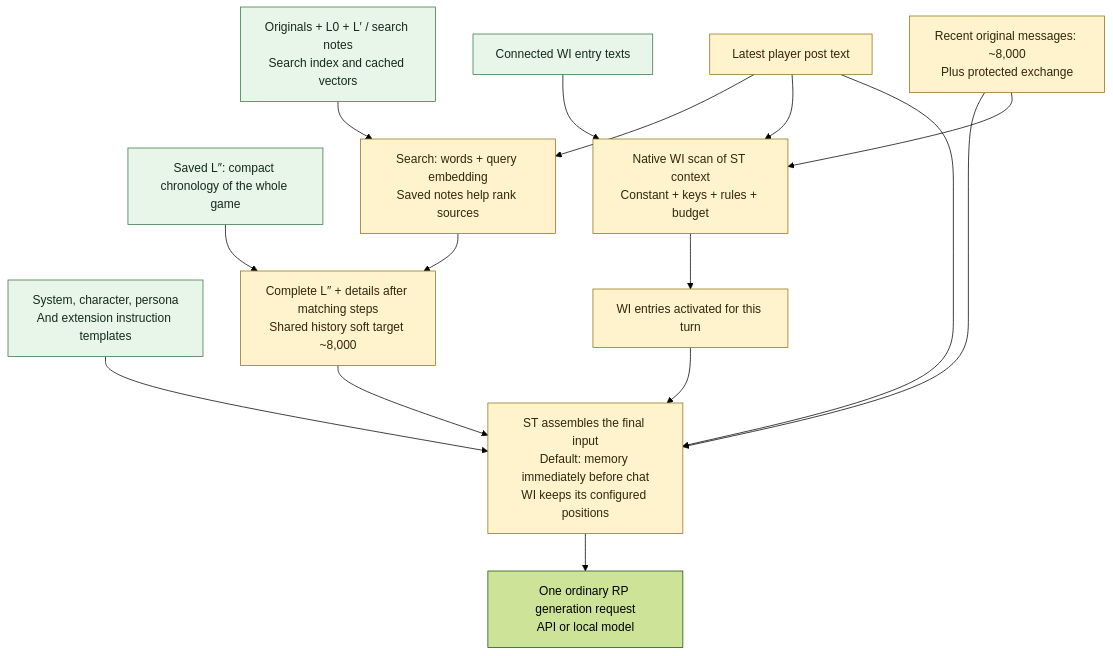
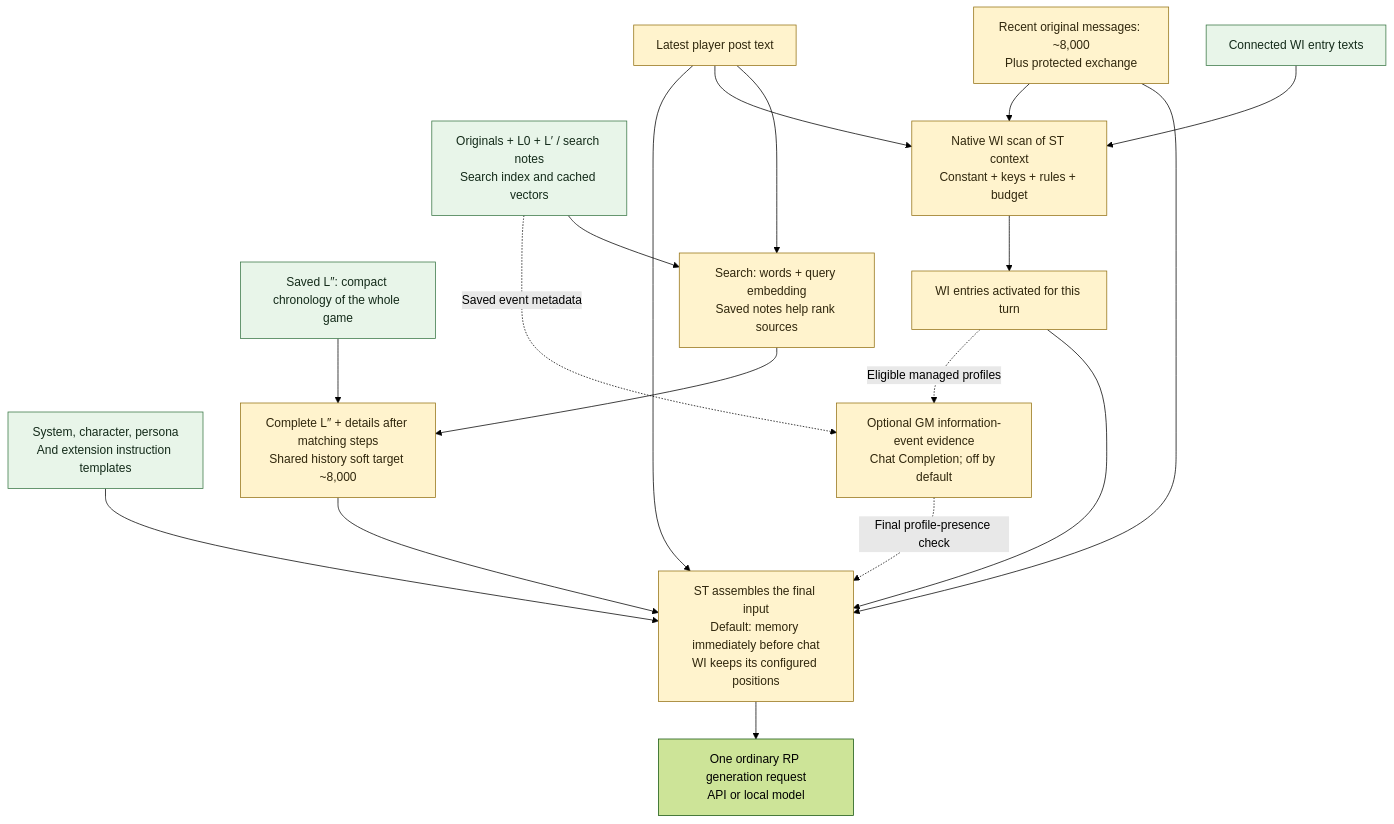
The second of 2 diagrams in README.md (Ilya626/Extension-WorldMemory), drawn with Mermaid (forest theme) before and after one commit. The commit also changed other lines of this file and 19 other files, not shown here.

````diff
--- a/README.md
+++ b/README.md
@@ -75,28 +86,31 @@
 ```mermaid
 flowchart TD
         C["System, character, persona<br/>And extension instruction templates"]
         I["Originals + L0 + L′ / search notes<br/>Search index and cached vectors"]
         J["Saved L″: compact chronology of the whole game"]
         W["Connected WI entry texts"]
         Q["Latest player post text"] --> R["Search: words + query embedding<br/>Saved notes help rank sources"]
         R --> H["Complete L″ + details after matching steps<br/>Shared history soft target ~8,000"]
         J --> H
         T["Recent original messages: ~8,000<br/>Plus protected exchange"]
         S["Native WI scan of ST context<br/>Constant + keys + rules + budget"]
         S --> X["WI entries activated for this turn"]
         G["ST assembles the final input<br/>Default: memory immediately before chat<br/>WI keeps its configured positions"]
         H --> G
         T --> G
         X --> G
     I --> R
     W --> S
     Q --> S
     T --> S
     Q --> G
     C --> G
+    X -. "Eligible managed profiles" .-> F["Optional GM information-event evidence<br/>Chat Completion; off by default"]
+    I -. "Saved event metadata" .-> F
+    F -. "Final profile-presence check" .-> G
     G --> M["One ordinary RP generation request<br/>API or local model"]
     classDef saved fill:#e8f5e9,stroke:#387644,color:#142b1a;
     classDef rebuilt fill:#fff3cd,stroke:#947214,color:#30270d;
     class C,I,W,J saved;
-    class Q,R,H,T,S,X,G rebuilt;
+    class Q,R,H,T,S,X,F,G rebuilt;
 ```
````
